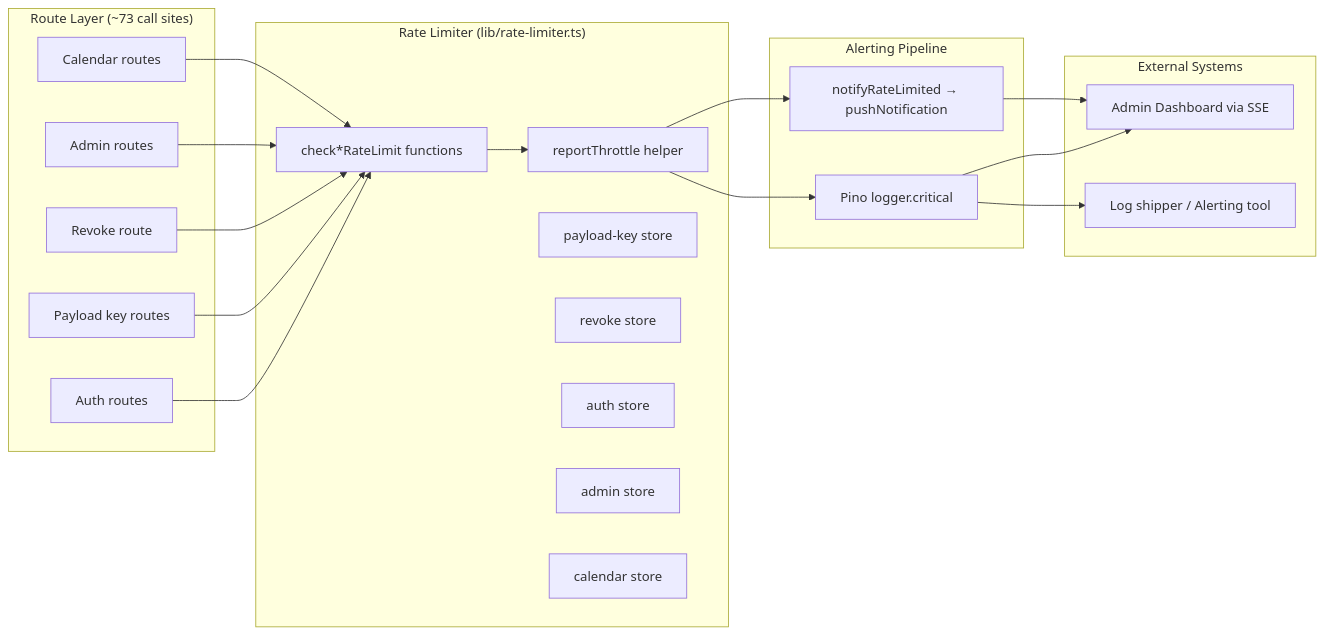
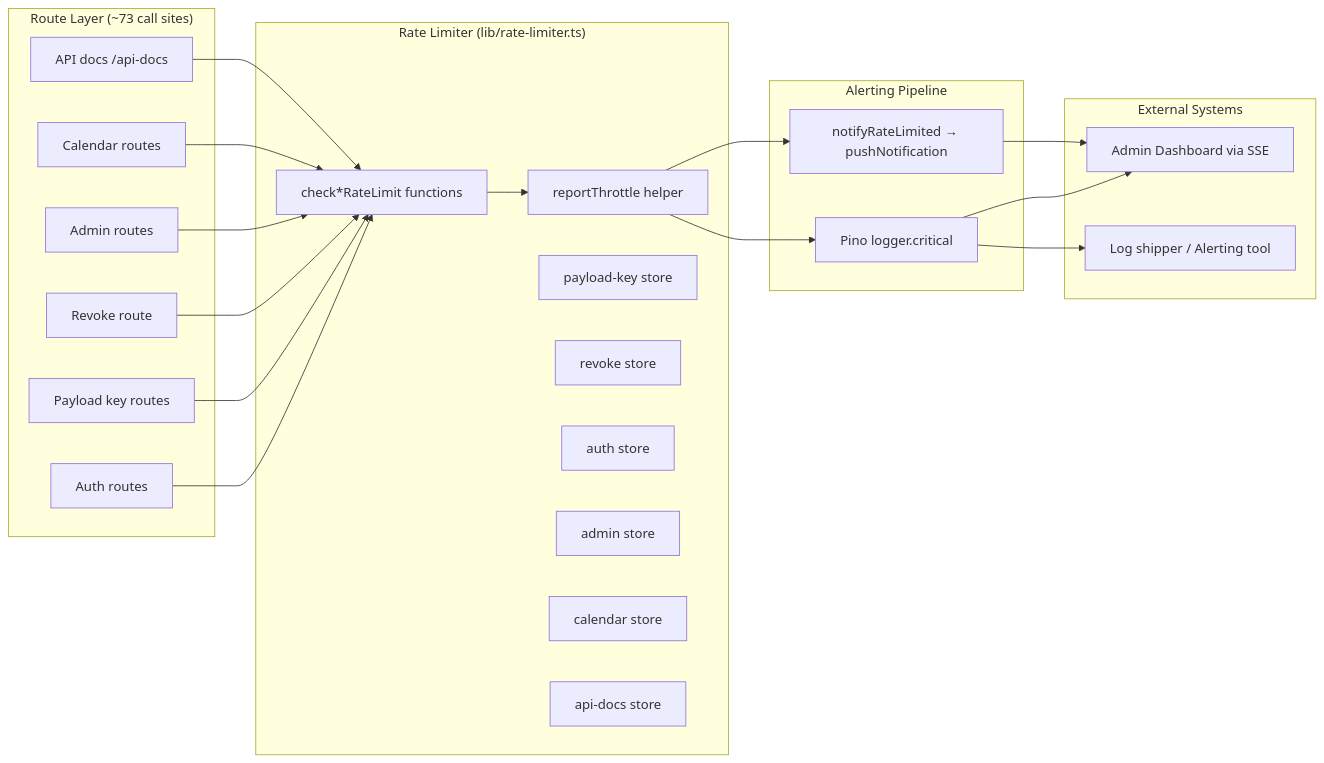
One commit to johnlynas/nipp changed the second of 6 diagrams in documents/feature-planning-and-development/rate-limiting-overview.md. Above: the diagram before and after it, drawn with Mermaid. The commit also changed other lines of this file and 12 other files, not shown here.

````diff
--- a/documents/feature-planning-and-development/rate-limiting-overview.md
+++ b/documents/feature-planning-and-development/rate-limiting-overview.md
@@ -83,44 +85,47 @@
 ```mermaid
 graph LR
     subgraph "Route Layer (~73 call sites)"
         R1[Auth routes]
         R2[Payload key routes]
         R3[Revoke route]
         R4[Admin routes]
         R5[Calendar routes]
+        R6[API docs /api-docs]
     end
     
     subgraph "Rate Limiter (lib/rate-limiter.ts)"
         LR[check*RateLimit functions]
         RT[reportThrottle helper]
         S1[payload-key store]
         S2[revoke store]
         S3[auth store]
         S4[admin store]
         S5[calendar store]
+        S6[api-docs store]
     end
     
     subgraph "Alerting Pipeline"
         LOG[Pino logger.critical]
         SSE[notifyRateLimited → pushNotification]
     end
     
     subgraph "External Systems"
         ADM[Admin Dashboard via SSE]
         LOGS[Log shipper / Alerting tool]
     end
     
     R1 --> LR
     R2 --> LR
     R3 --> LR
     R4 --> LR
     R5 --> LR
+    R6 --> LR
     
     LR --> RT
     RT --> LOG
     RT --> SSE
     
     LOG --> ADM
     LOG --> LOGS
     SSE --> ADM
 ```
````
